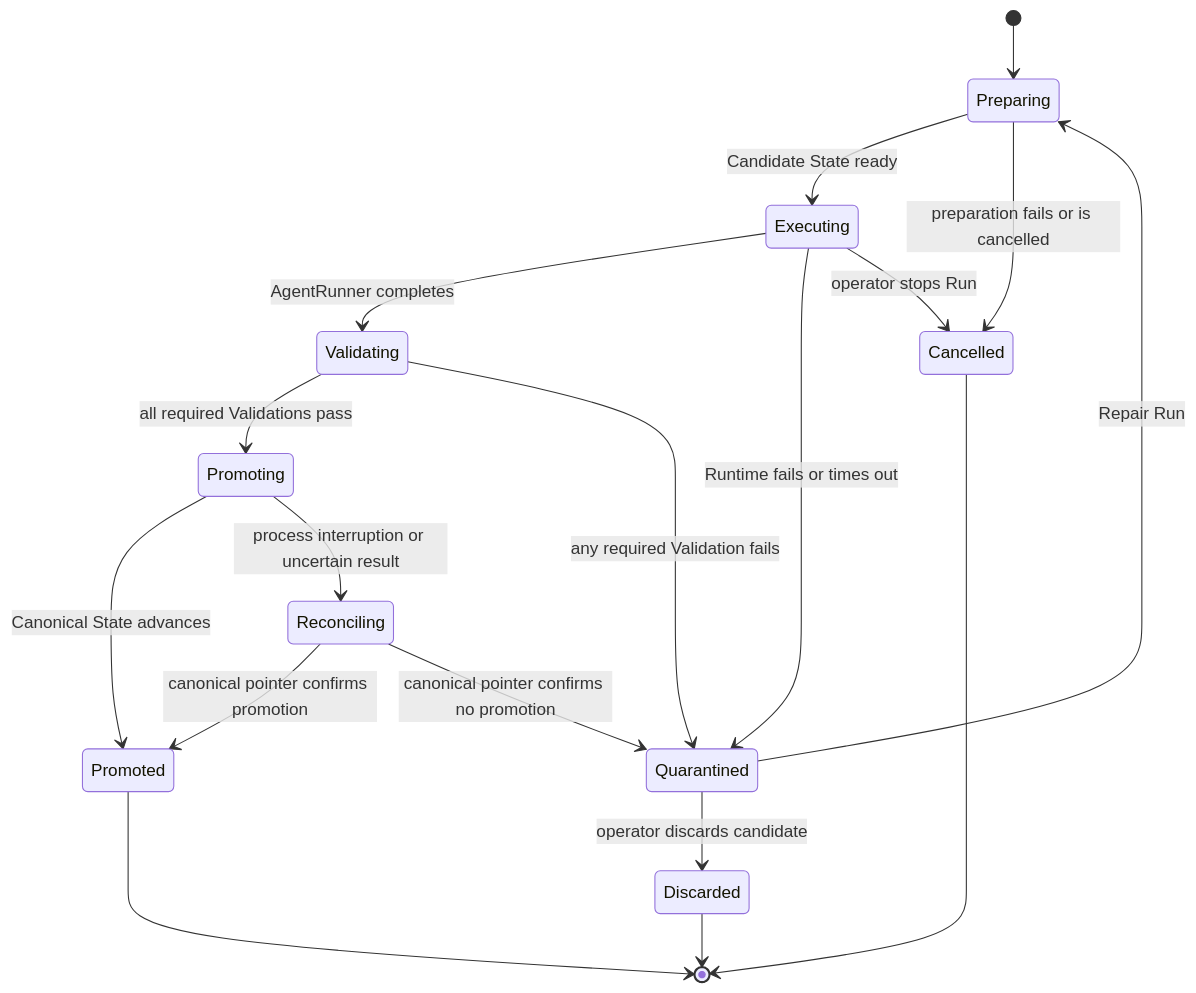
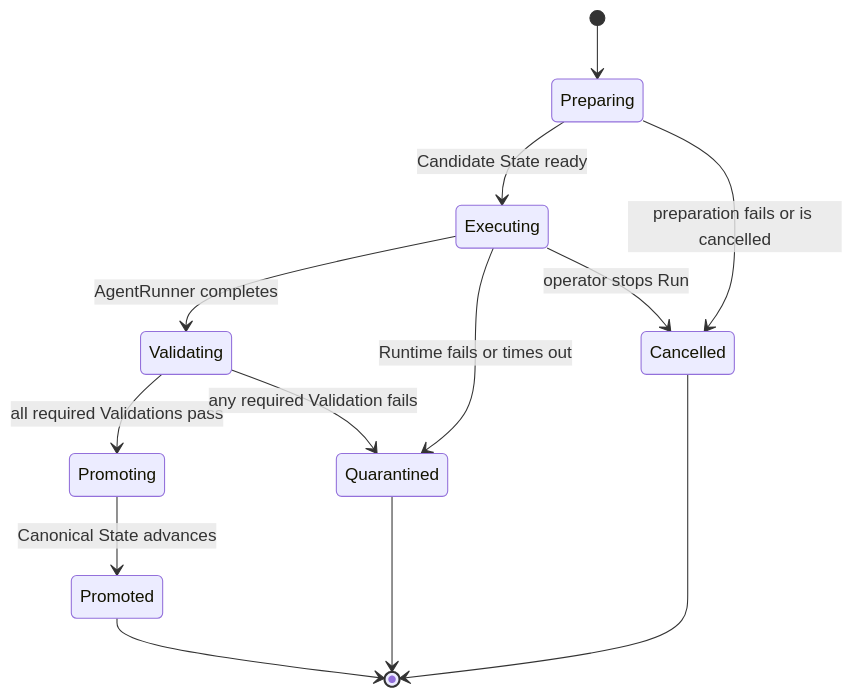
The second of 2 diagrams in docs/architecture/agent-airlock.md (Kk120306/agent-airlock), drawn with Mermaid before and after one commit. The commit also changed other lines of this file and 6 other files, not shown here.

````diff
--- a/docs/architecture/agent-airlock.md
+++ b/docs/architecture/agent-airlock.md
@@ -78,20 +78,15 @@
 ```mermaid
 stateDiagram-v2
     [*] --> Preparing
     Preparing --> Executing: Candidate State ready
     Preparing --> Cancelled: preparation fails or is cancelled
     Executing --> Validating: AgentRunner completes
     Executing --> Quarantined: Runtime fails or times out
     Executing --> Cancelled: operator stops Run
     Validating --> Promoting: all required Validations pass
     Validating --> Quarantined: any required Validation fails
     Promoting --> Promoted: Canonical State advances
-    Promoting --> Reconciling: process interruption or uncertain result
-    Reconciling --> Promoted: canonical pointer confirms promotion
-    Reconciling --> Quarantined: canonical pointer confirms no promotion
-    Quarantined --> Preparing: Repair Run
-    Quarantined --> Discarded: operator discards candidate
     Promoted --> [*]
-    Discarded --> [*]
+    Quarantined --> [*]
     Cancelled --> [*]
 ```
````
